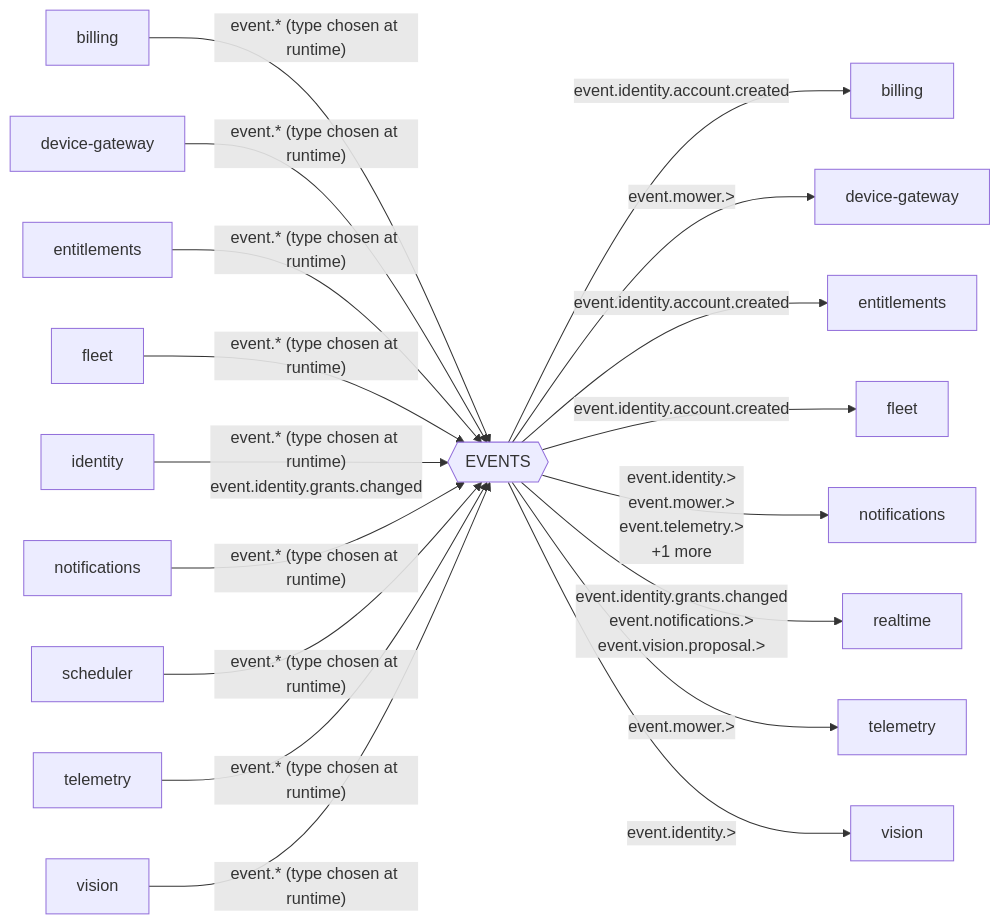
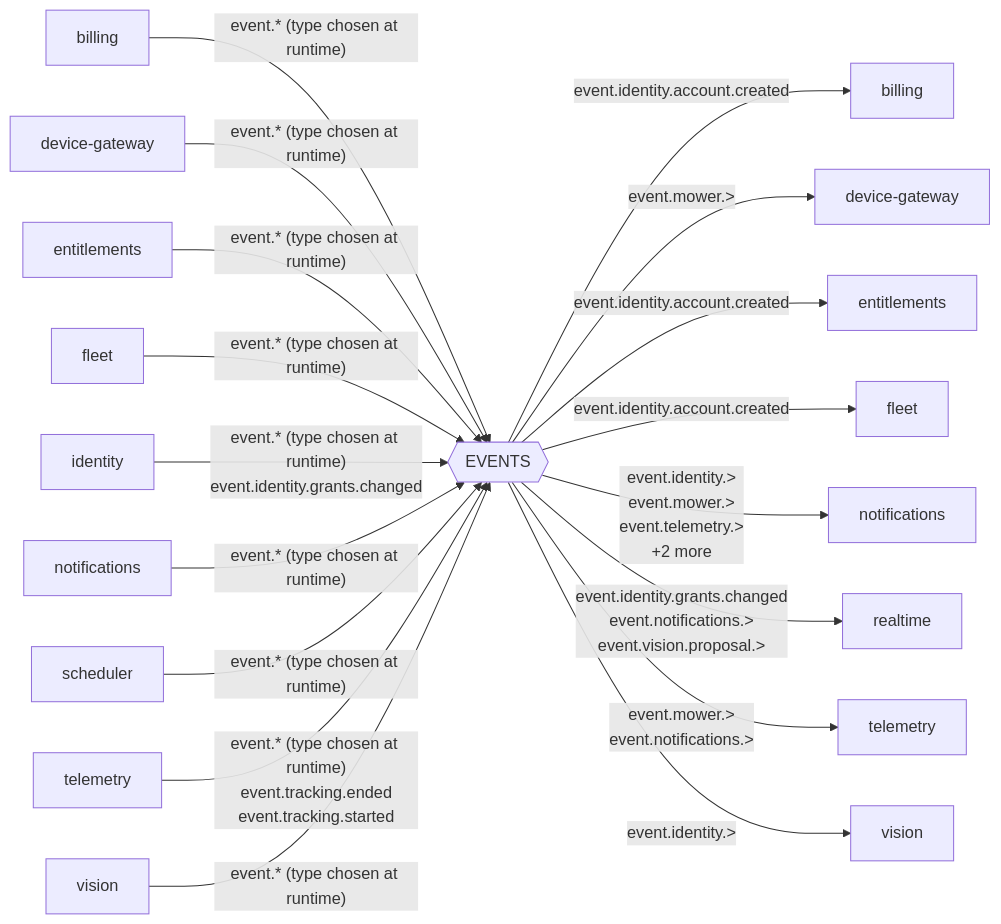
Before and after one commit to lukislp/mowdeck: the seventh of 15 diagrams in docs/architecture/generated.md, drawn with Mermaid. The commit also changed other lines of this file and 91 other files, not shown here.

````diff
--- a/docs/architecture/generated.md
+++ b/docs/architecture/generated.md
@@ -254,38 +254,38 @@
 ```mermaid
 flowchart LR
   s_EVENTS{{"EVENTS"}}
   p_billing["billing"]
   p_device_gateway["device-gateway"]
   p_entitlements["entitlements"]
   p_fleet["fleet"]
   p_identity["identity"]
   p_notifications["notifications"]
   p_scheduler["scheduler"]
   p_telemetry["telemetry"]
   p_vision["vision"]
   c_billing["billing"]
   c_device_gateway["device-gateway"]
   c_entitlements["entitlements"]
   c_fleet["fleet"]
   c_notifications["notifications"]
   c_realtime["realtime"]
   c_telemetry["telemetry"]
   c_vision["vision"]
   p_billing -->|"event.* (type chosen at runtime)"| s_EVENTS
   p_device_gateway -->|"event.* (type chosen at runtime)"| s_EVENTS
   p_entitlements -->|"event.* (type chosen at runtime)"| s_EVENTS
   p_fleet -->|"event.* (type chosen at runtime)"| s_EVENTS
   p_identity -->|"event.* (type chosen at runtime)<br/>event.identity.grants.changed"| s_EVENTS
   p_notifications -->|"event.* (type chosen at runtime)"| s_EVENTS
   p_scheduler -->|"event.* (type chosen at runtime)"| s_EVENTS
-  p_telemetry -->|"event.* (type chosen at runtime)"| s_EVENTS
+  p_telemetry -->|"event.* (type chosen at runtime)<br/>event.tracking.ended<br/>event.tracking.started"| s_EVENTS
   p_vision -->|"event.* (type chosen at runtime)"| s_EVENTS
   s_EVENTS -->|"event.identity.account.created"| c_billing
   s_EVENTS -->|"event.mower.>"| c_device_gateway
   s_EVENTS -->|"event.identity.account.created"| c_entitlements
   s_EVENTS -->|"event.identity.account.created"| c_fleet
-  s_EVENTS -->|"event.identity.><br/>event.mower.><br/>event.telemetry.><br/>+1 more"| c_notifications
+  s_EVENTS -->|"event.identity.><br/>event.mower.><br/>event.telemetry.><br/>+2 more"| c_notifications
   s_EVENTS -->|"event.identity.grants.changed<br/>event.notifications.><br/>event.vision.proposal.>"| c_realtime
-  s_EVENTS -->|"event.mower.>"| c_telemetry
+  s_EVENTS -->|"event.mower.><br/>event.notifications.>"| c_telemetry
   s_EVENTS -->|"event.identity.>"| c_vision
 ```
````
